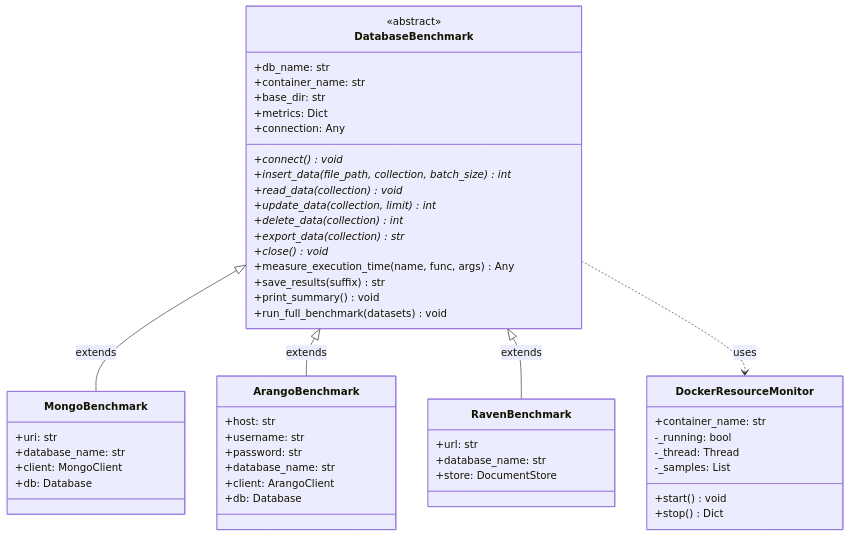
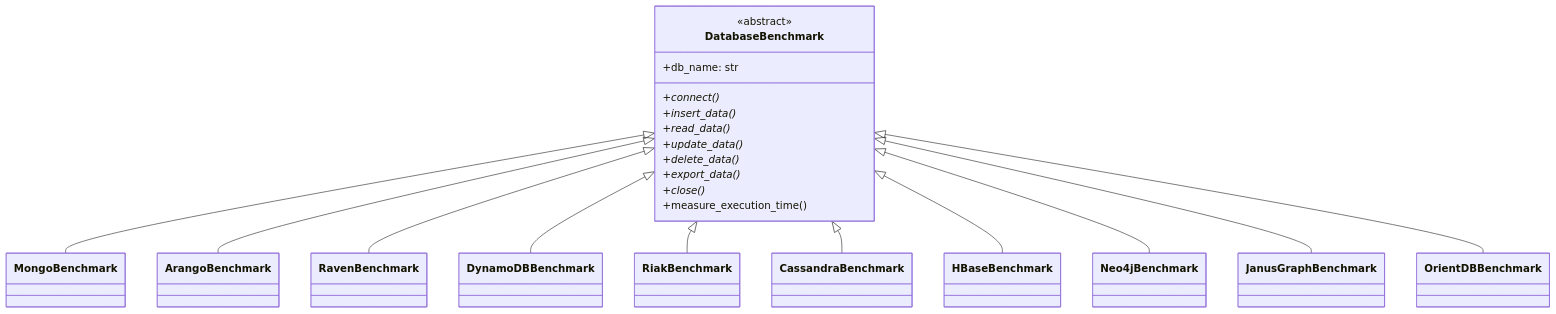
The first of 2 diagrams in documentation_repports/ARCHITECTURE.md (Salah-boutayeb/Database-Benchmark), drawn with Mermaid before and after one commit. The commit also changed other lines of this file and 34 other files, not shown here.

Commit message:
feat: Introduce Column-Oriented and Graph database benchmarking, update Docker services, and refactor reporting and architecture documentation.

````diff
--- a/documentation_repports/ARCHITECTURE.md
+++ b/documentation_repports/ARCHITECTURE.md
@@ -43,61 +31,37 @@
 ```mermaid
 classDiagram
     class DatabaseBenchmark {
         <<abstract>>
         +db_name: str
-        +container_name: str
-        +base_dir: str
-        +metrics: Dict
-        +connection: Any
-      
-        +connect()* void
-        +insert_data(file_path, collection, batch_size)* int
-        +read_data(collection)* void
-        +update_data(collection, limit)* int
-        +delete_data(collection)* int
-        +export_data(collection)* str
-        +close()* void
-      
-        +measure_execution_time(name, func, args) Any
-        +save_results(suffix) str
-        +print_summary() void
-        +run_full_benchmark(datasets) void
+        +connect()*
+        +insert_data()*
+        +read_data()*
+        +update_data()*
+        +delete_data()*
+        +export_data()*
+        +close()*
+        +measure_execution_time()
     }
-  
-    class DockerResourceMonitor {
-        +container_name: str
-        -_running: bool
-        -_thread: Thread
-        -_samples: List
-      
-        +start() void
-        +stop() Dict
-    }
-  
-    class MongoBenchmark {
-        +uri: str
-        +database_name: str
-        +client: MongoClient
-        +db: Database
-    }
-  
-    class ArangoBenchmark {
-        +host: str
-        +username: str
-        +password: str
-        +database_name: str
-        +client: ArangoClient
-        +db: Database
-    }
-  
-    class RavenBenchmark {
-        +url: str
-        +database_name: str
-        +store: DocumentStore
-    }
-  
-    DatabaseBenchmark <|-- MongoBenchmark : extends
-    DatabaseBenchmark <|-- ArangoBenchmark : extends
-    DatabaseBenchmark <|-- RavenBenchmark : extends
-    DatabaseBenchmark ..> DockerResourceMonitor : uses
+
+    class MongoBenchmark
+    class ArangoBenchmark
+    class RavenBenchmark
+    class DynamoDBBenchmark
+    class RiakBenchmark
+    class CassandraBenchmark
+    class HBaseBenchmark
+    class Neo4jBenchmark
+    class JanusGraphBenchmark
+    class OrientDBBenchmark
+
+    DatabaseBenchmark <|-- MongoBenchmark
+    DatabaseBenchmark <|-- ArangoBenchmark
+    DatabaseBenchmark <|-- RavenBenchmark
+    DatabaseBenchmark <|-- DynamoDBBenchmark
+    DatabaseBenchmark <|-- RiakBenchmark
+    DatabaseBenchmark <|-- CassandraBenchmark
+    DatabaseBenchmark <|-- HBaseBenchmark
+    DatabaseBenchmark <|-- Neo4jBenchmark
+    DatabaseBenchmark <|-- JanusGraphBenchmark
+    DatabaseBenchmark <|-- OrientDBBenchmark
 ```
````
